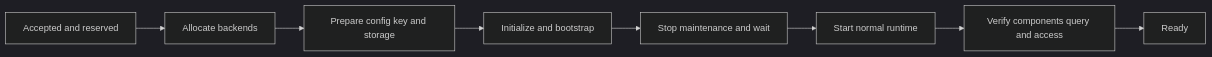
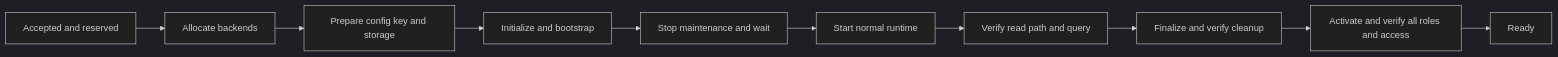
One commit to codetreker/syntrix changed the diagram in docs/design/server/console/03.instance_lifecycle.md. Above: the diagram before and after it, drawn with Mermaid (dark theme). The commit also changed other lines of this file and 5 other files, not shown here.

````diff
--- a/docs/design/server/console/03.instance_lifecycle.md
+++ b/docs/design/server/console/03.instance_lifecycle.md
@@ -255,10 +260,12 @@
 ```mermaid
 flowchart LR
     Accepted[Accepted and reserved] --> Allocate[Allocate backends]
     Allocate --> Prepare[Prepare config key and storage]
     Prepare --> Bootstrap[Initialize and bootstrap]
     Bootstrap --> Handoff[Stop maintenance and wait]
     Handoff --> Runtime[Start normal runtime]
-    Runtime --> Verify[Verify components query and access]
-    Verify --> Ready[Ready]
+    Runtime --> Verify[Verify read path and query]
+    Verify --> Finalize[Finalize and verify cleanup]
+    Finalize --> Activate[Activate and verify all roles and access]
+    Activate --> Ready[Ready]
 ```
````
